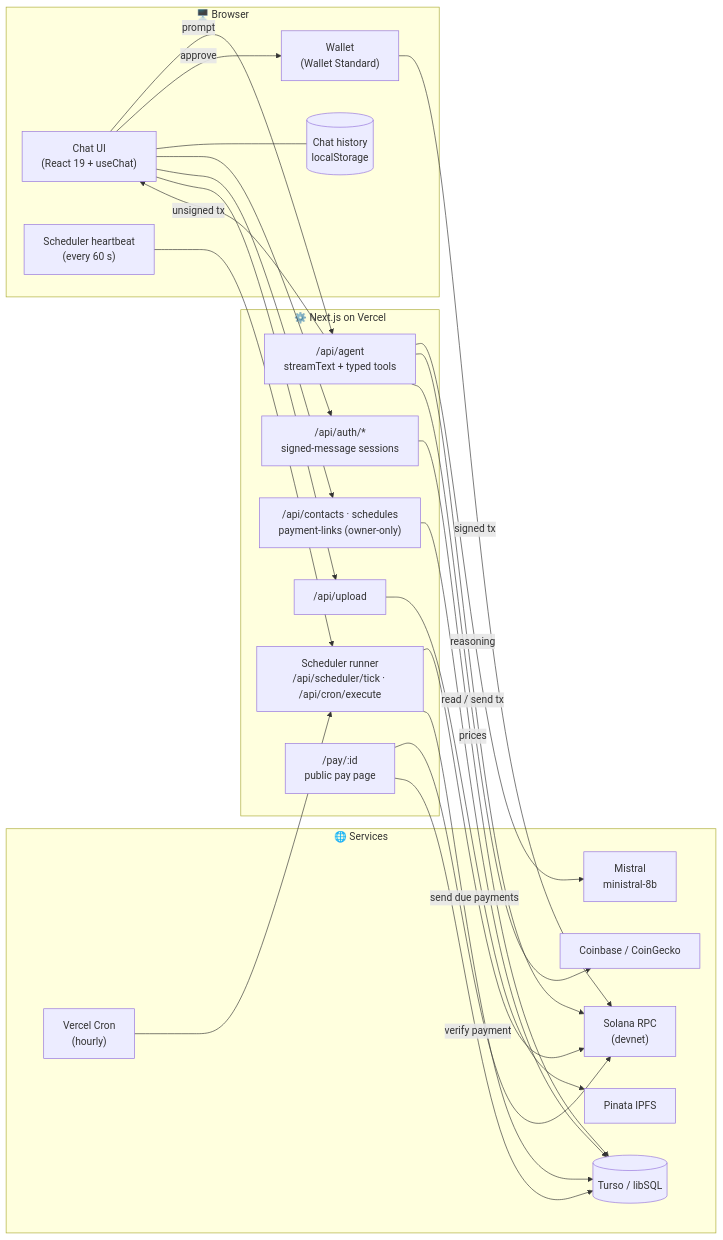
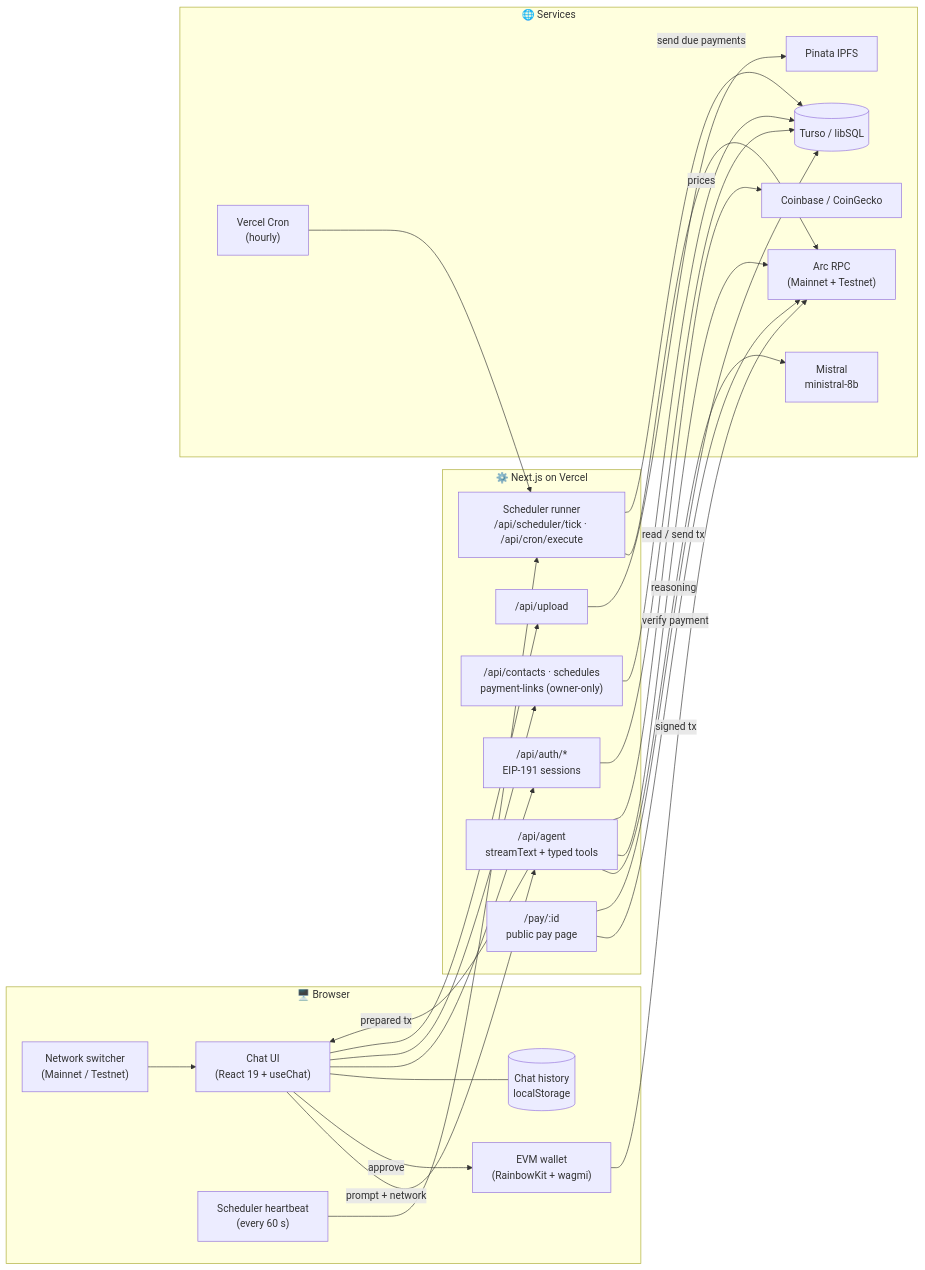
Before and after one commit to Spydiecy/Astrax_Arc: the first of 4 diagrams in README.md, drawn with Mermaid. The commit also changed other lines of this file and 52 other files, not shown here.

First line of the commit message:
arc mainnet added to the mix

````diff
--- a/README.md
+++ b/README.md
@@ -80,47 +106,49 @@
 ```mermaid
 flowchart LR
     subgraph Client["🖥️ Browser"]
         UI["Chat UI<br/>(React 19 + useChat)"]
-        W["Wallet<br/>(Wallet Standard)"]
+        NET["Network switcher<br/>(Mainnet / Testnet)"]
+        W["EVM wallet<br/>(RainbowKit + wagmi)"]
         LS[("Chat history<br/>localStorage")]
         HB["Scheduler heartbeat<br/>(every 60 s)"]
     end
 
     subgraph Server["⚙️ Next.js on Vercel"]
         AG["/api/agent<br/>streamText + typed tools"]
-        AUTH["/api/auth/*<br/>signed-message sessions"]
+        AUTH["/api/auth/*<br/>EIP-191 sessions"]
         DATA["/api/contacts · schedules<br/>payment-links (owner-only)"]
         UP["/api/upload"]
         RUN["Scheduler runner<br/>/api/scheduler/tick · /api/cron/execute"]
         PAY["/pay/:id<br/>public pay page"]
     end
 
     subgraph External["🌐 Services"]
         LLM["Mistral<br/>ministral-8b"]
-        RPC["Solana RPC<br/>(devnet)"]
+        RPC["Arc RPC<br/>(Mainnet + Testnet)"]
         MKT["Coinbase / CoinGecko"]
         IPFS["Pinata IPFS"]
         DB[("Turso / libSQL")]
         CRON["Vercel Cron<br/>(hourly)"]
     end
 
-    UI -- "prompt" --> AG
+    NET --> UI
+    UI -- "prompt + network" --> AG
     AG -- "reasoning" --> LLM
     AG -- "read / send tx" --> RPC
     AG -- "prices" --> MKT
-    AG -- "unsigned tx" --> UI
+    AG -- "prepared tx" --> UI
     UI -- "approve" --> W
     W -- "signed tx" --> RPC
     UI --- LS
     UI --> AUTH
     UI --> DATA
     UI --> UP --> IPFS
     HB --> RUN
     CRON --> RUN
     RUN -- "send due payments" --> RPC
     AUTH --> DB
     DATA --> DB
     RUN --> DB
     PAY -- "verify payment" --> RPC
     PAY --> DB
 ```
````
